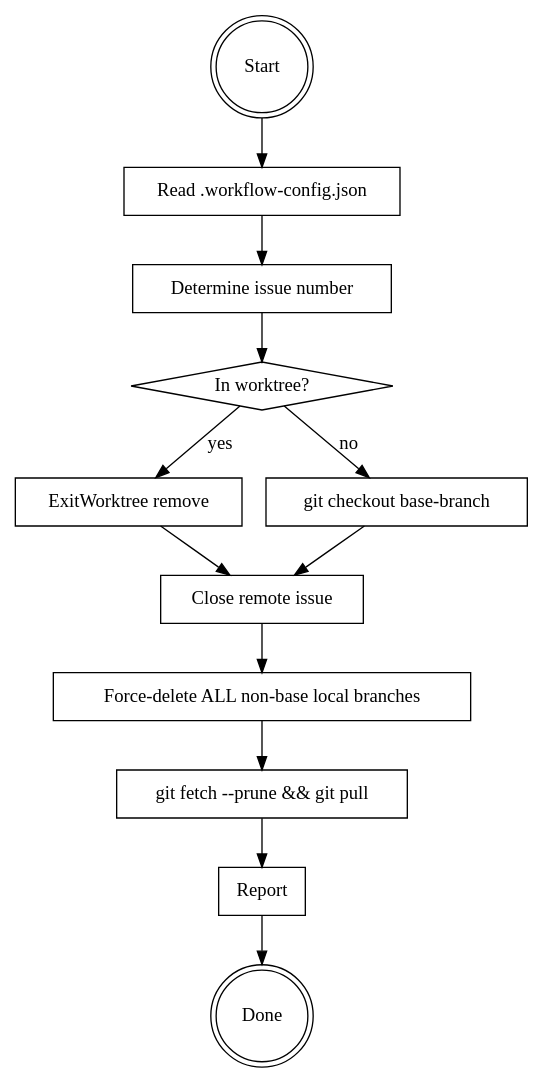
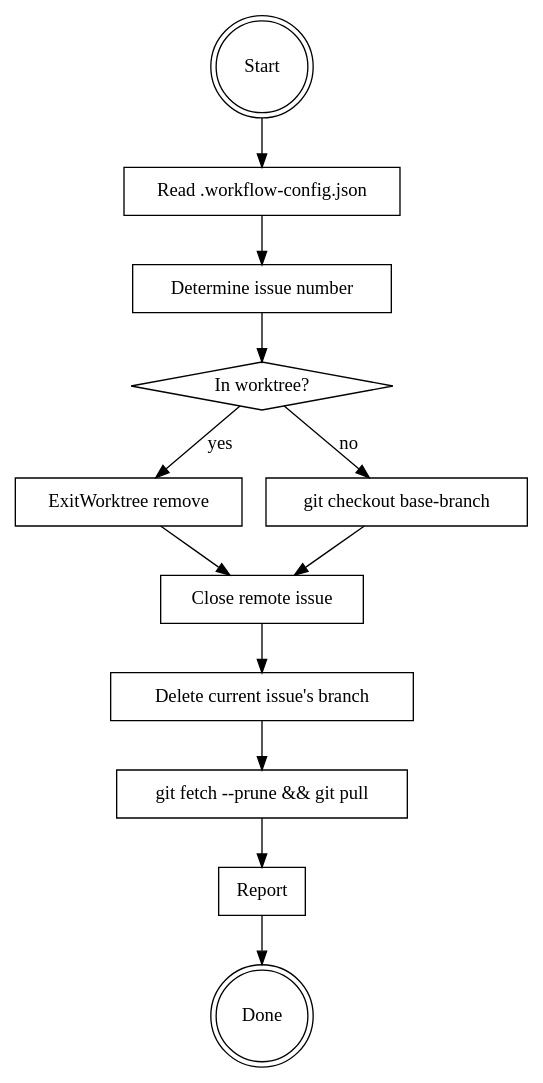
The diagram in skills/issue-close/SKILL.md (neil-wang-global/neil-skills), drawn with Graphviz before and after one commit. The commit also changed other lines of this file and 3 other files, not shown here.

First line of the commit message:
fix(issue-close): only delete current issue's branch, not all non-base branches

````diff
--- a/skills/issue-close/SKILL.md
+++ b/skills/issue-close/SKILL.md
@@ -16,27 +16,27 @@
 ```dot
 digraph issue_close {
     "Start" [shape=doublecircle];
     "Read .workflow-config.json" [shape=box];
     "Determine issue number" [shape=box];
     "In worktree?" [shape=diamond];
     "ExitWorktree remove" [shape=box];
     "git checkout base-branch" [shape=box];
     "Close remote issue" [shape=box];
-    "Force-delete ALL non-base local branches" [shape=box];
+    "Delete current issue's branch" [shape=box];
     "git fetch --prune && git pull" [shape=box];
     "Report" [shape=box];
     "Done" [shape=doublecircle];
 
     "Start" -> "Read .workflow-config.json";
     "Read .workflow-config.json" -> "Determine issue number";
     "Determine issue number" -> "In worktree?";
     "In worktree?" -> "ExitWorktree remove" [label="yes"];
     "In worktree?" -> "git checkout base-branch" [label="no"];
     "ExitWorktree remove" -> "Close remote issue";
     "git checkout base-branch" -> "Close remote issue";
-    "Close remote issue" -> "Force-delete ALL non-base local branches";
-    "Force-delete ALL non-base local branches" -> "git fetch --prune && git pull";
+    "Close remote issue" -> "Delete current issue's branch";
+    "Delete current issue's branch" -> "git fetch --prune && git pull";
     "git fetch --prune && git pull" -> "Report";
     "Report" -> "Done";
 }
 ```
````
